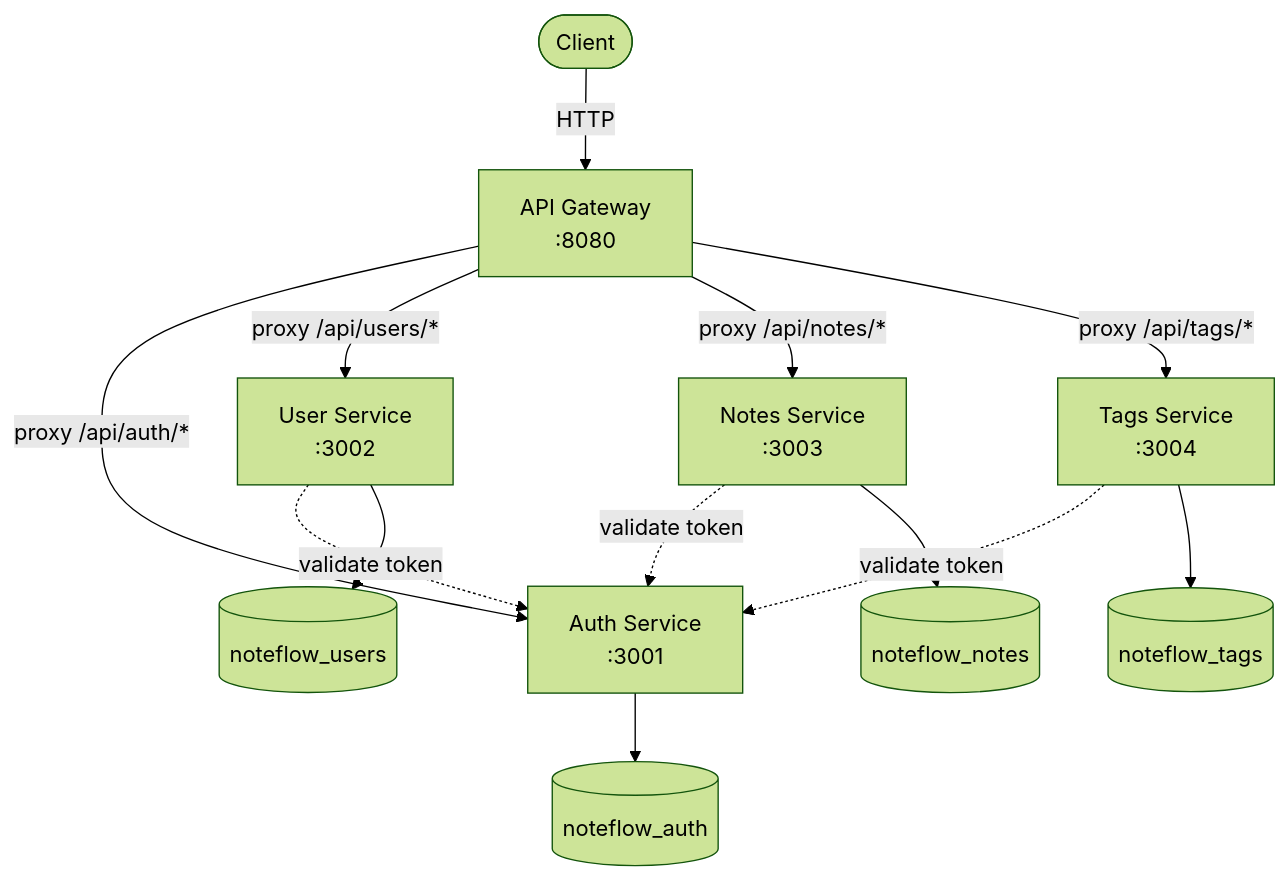
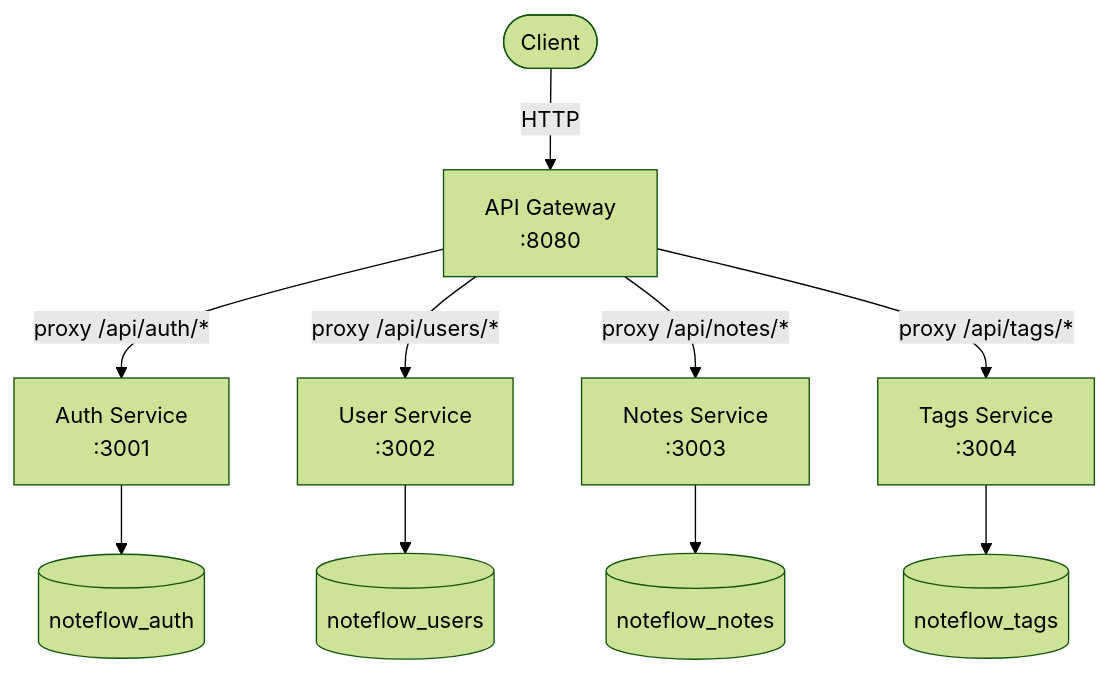
The first of 7 diagrams in README.md (jackytech111/NoteFlow), drawn with Mermaid (forest theme) before and after one commit. The commit also changed other lines of this file, not shown here.

Commit message:
Fix: fix some diagrams

````diff
--- a/README.md
+++ b/README.md
@@ -47,28 +47,24 @@
 ```mermaid
 graph TD
     Client([Client])
     Gateway[API Gateway<br/>:8080]
     Auth[Auth Service<br/>:3001]
     User[User Service<br/>:3002]
     Notes[Notes Service<br/>:3003]
     Tags[Tags Service<br/>:3004]
     AuthDB[(noteflow_auth)]
     UserDB[(noteflow_users)]
     NotesDB[(noteflow_notes)]
     TagsDB[(noteflow_tags)]
 
     Client -->|HTTP| Gateway
     Gateway -->|proxy /api/auth/*| Auth
     Gateway -->|proxy /api/users/*| User
     Gateway -->|proxy /api/notes/*| Notes
     Gateway -->|proxy /api/tags/*| Tags
 
-    Notes -.->|validate token| Auth
-    Tags -.->|validate token| Auth
-    User -.->|validate token| Auth
-
     Auth --> AuthDB
     User --> UserDB
     Notes --> NotesDB
     Tags --> TagsDB
 ```
````
